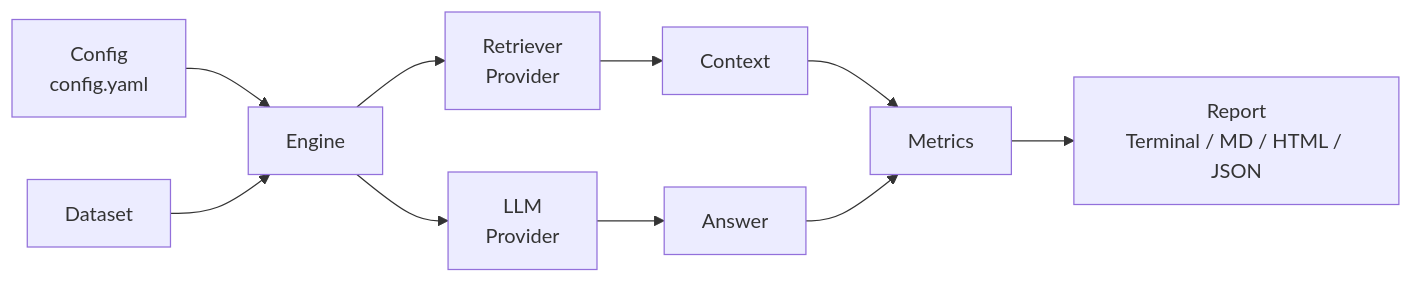
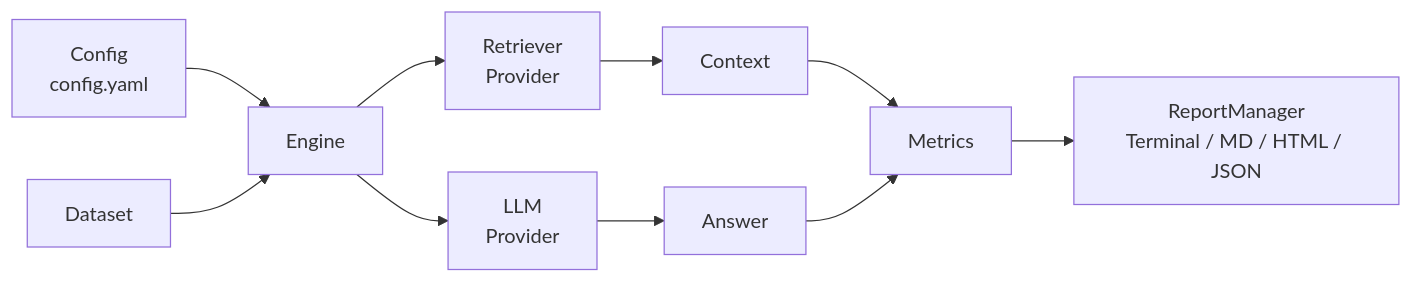
Before and after one commit to PrinceThummar011/openagent-eval: the diagram in docs/index.md, drawn with Mermaid. The commit also changed other lines of this file and 7 other files, not shown here.

````diff
--- a/docs/index.md
+++ b/docs/index.md
@@ -84,12 +84,12 @@
 ```mermaid
 flowchart LR
     A[Config<br/>config.yaml] --> B[Engine]
     C[Dataset] --> B
     B --> D[Retriever<br/>Provider]
     B --> E[LLM<br/>Provider]
     D --> F[Context]
     E --> G[Answer]
     F --> H[Metrics]
     G --> H
-    H --> I[Report<br/>Terminal / MD / HTML / JSON]
+    H --> I[ReportManager<br/>Terminal / MD / HTML / JSON]
 ```
````
